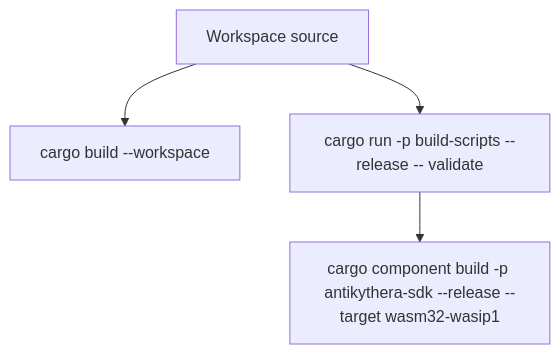
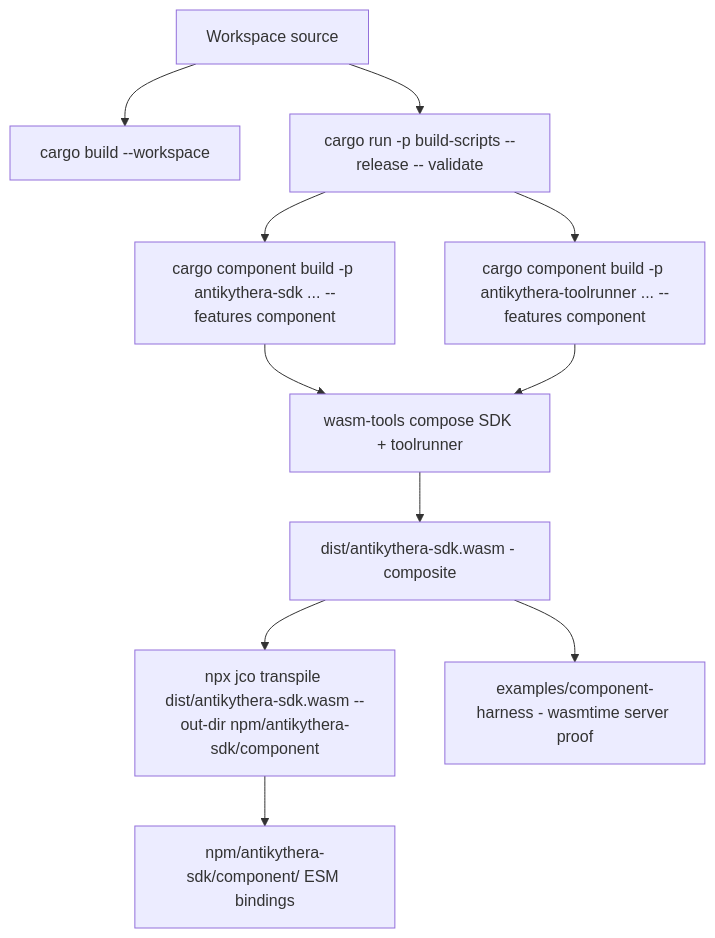
Before and after one commit to tsfarizi/antikythera-mcp-framework: the first of 3 diagrams in documentation/BUILD.md, drawn with Mermaid. The commit also changed other lines of this file and 87 other files, not shown here.

First line of the commit message:
Implement session management and type definitions for Antikythera SDK

````diff
--- a/documentation/BUILD.md
+++ b/documentation/BUILD.md
@@ -7,6 +7,13 @@
 ```mermaid
 flowchart TD
     SRC[Workspace source] --> CARGO[cargo build --workspace]
     SRC --> WIT[cargo run -p build-scripts --release -- validate]
-    WIT --> COMPONENT[cargo component build -p antikythera-sdk --release --target wasm32-wasip1]
+    WIT --> SDK[cargo component build -p antikythera-sdk ... --features component]
+    WIT --> TR[cargo component build -p antikythera-toolrunner ... --features component]
+    SDK --> COMPOSE[wasm-tools compose SDK + toolrunner]
+    TR --> COMPOSE
+    COMPOSE --> DIST[dist/antikythera-sdk.wasm - composite]
+    DIST --> JCO[npx jco transpile dist/antikythera-sdk.wasm --out-dir npm/antikythera-sdk/component]
+    JCO --> NPM[npm/antikythera-sdk/component/ ESM bindings]
+    DIST --> HARNESS[examples/component-harness - wasmtime server proof]
 ```
````
